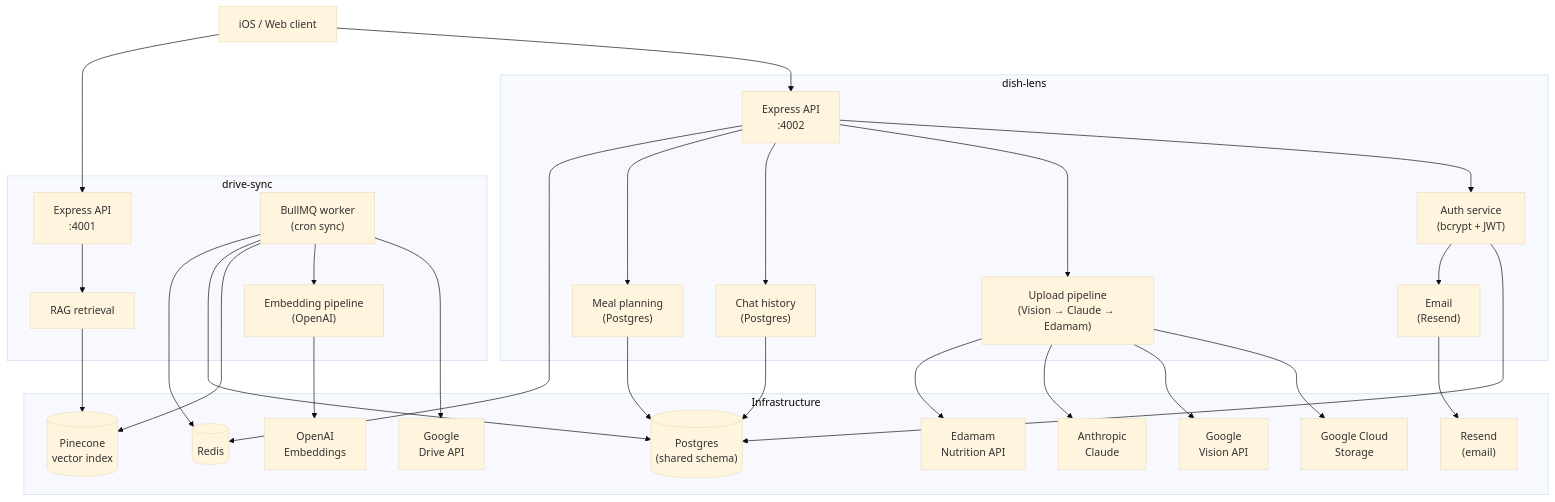
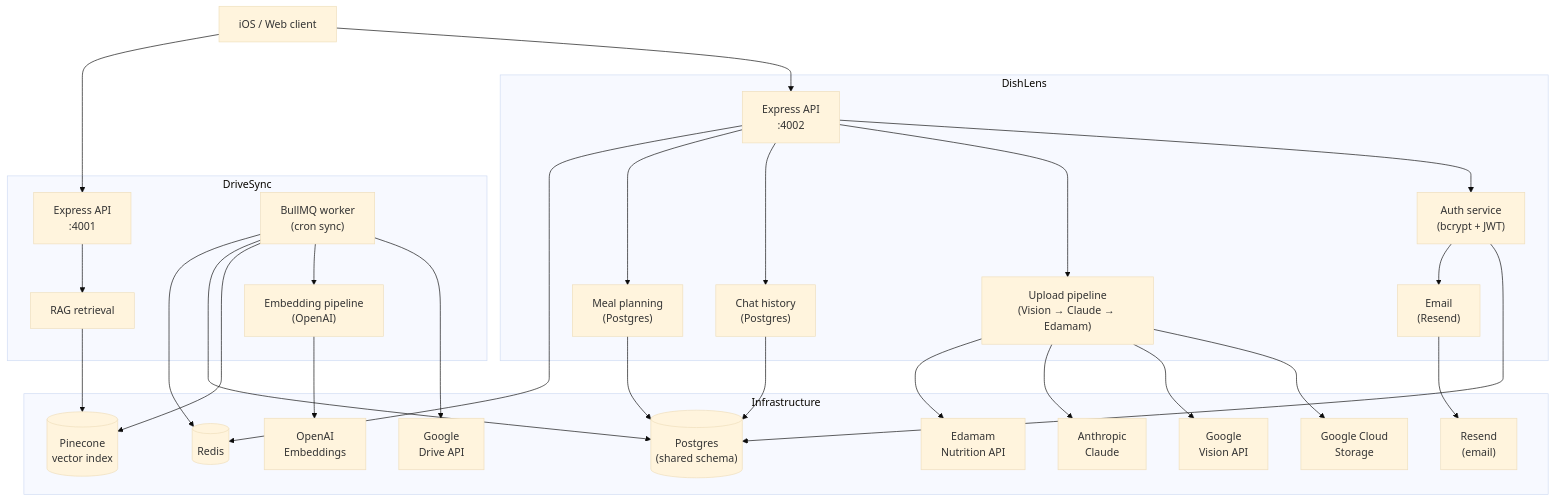
The diagram in docs/guide/architecture.md (davinaleong/lens-and-sync), drawn with Mermaid (base theme) before and after one commit. The commit also changed other lines of this file and 8 other files, not shown here.

````diff
--- a/docs/guide/architecture.md
+++ b/docs/guide/architecture.md
@@ -25,54 +25,54 @@
 ```mermaid
 graph TD
     Client["iOS / Web client"]
 
-    subgraph dish-lens
+    subgraph DishLens
         DL_API["Express API\n:4002"]
         DL_Auth["Auth service\n(bcrypt + JWT)"]
         DL_Upload["Upload pipeline\n(Vision → Claude → Edamam)"]
         DL_History["Chat history\n(Postgres)"]
         DL_Meal["Meal planning\n(Postgres)"]
         DL_Email["Email\n(Resend)"]
     end
 
-    subgraph drive-sync
+    subgraph DriveSync
         DS_API["Express API\n:4001"]
         DS_Worker["BullMQ worker\n(cron sync)"]
         DS_Embed["Embedding pipeline\n(OpenAI)"]
         DS_Retrieval["RAG retrieval"]
     end
 
     subgraph Infrastructure
         PG[("Postgres\n(shared schema)")]
         Redis[("Redis")]
         GCS["Google Cloud\nStorage"]
         Vision["Google\nVision API"]
         Claude["Anthropic\nClaude"]
         Edamam["Edamam\nNutrition API"]
         Drive["Google\nDrive API"]
         Pinecone[("Pinecone\nvector index")]
         OpenAI["OpenAI\nEmbeddings"]
         ResendSvc["Resend\n(email)"]
     end
 
     Client --> DL_API
     Client --> DS_API
 
     DL_API --> DL_Auth --> PG
     DL_API --> DL_Upload
     DL_Upload --> GCS
     DL_Upload --> Vision
     DL_Upload --> Claude
     DL_Upload --> Edamam
     DL_API --> DL_History --> PG
     DL_API --> DL_Meal --> PG
     DL_Auth --> DL_Email --> ResendSvc
     DL_API --> Redis
 
     DS_API --> DS_Retrieval --> Pinecone
     DS_Worker --> Drive
     DS_Worker --> DS_Embed --> OpenAI
     DS_Worker --> Pinecone
     DS_Worker --> PG
     DS_Worker --> Redis
 ```
````
